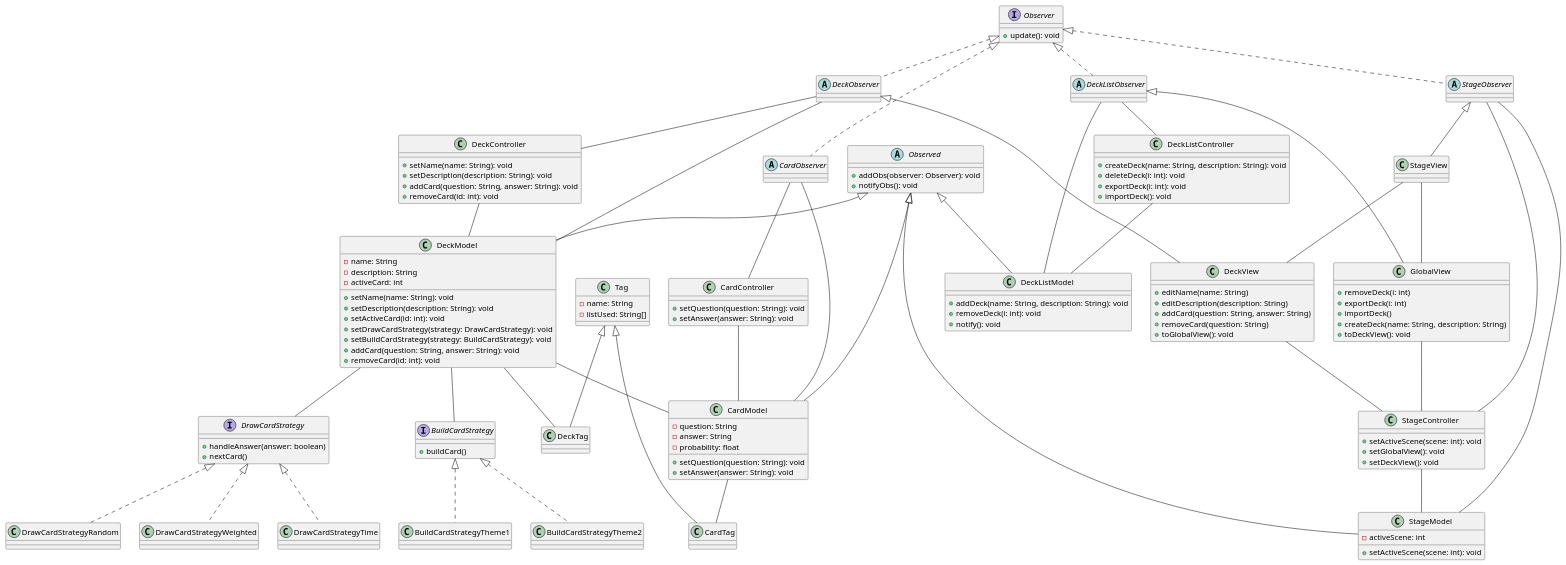
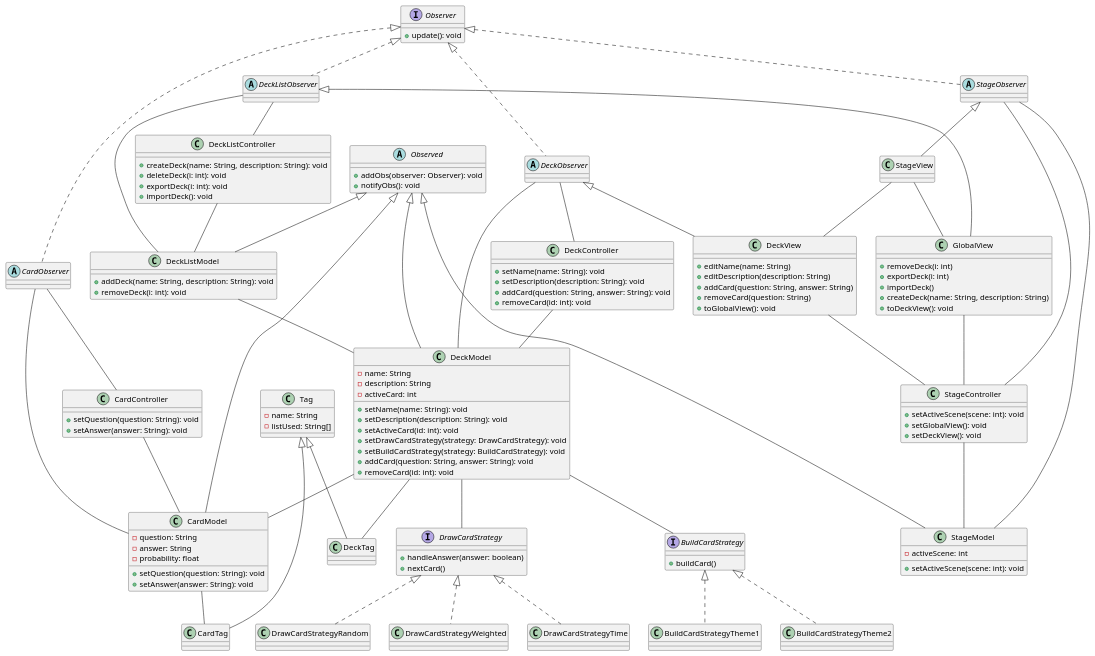
The diagram in GestionProjet/classDiagram.wsd (BigBaz54/TN_Flashcards), drawn with PlantUML before and after one commit. The commit also changed 1 other file, not shown here.

Commit message:
[~] ajustements DeckListModel comme diagramme

```diff
--- a/GestionProjet/classDiagram.wsd
+++ b/GestionProjet/classDiagram.wsd
@@ -1,162 +1,162 @@
 @startuml
 interface Observer {
     + update(): void
 }
 
 abstract class CardObserver implements Observer {
 }
 
 abstract class DeckObserver implements Observer {
 }
 
 abstract class DeckListObserver implements Observer {
 }
 
 abstract class StageObserver implements Observer {
 }
 
 abstract class Observed {
     + addObs(observer: Observer): void
     + notifyObs(): void
 }
 
 class GlobalView extends DeckListObserver {
     + removeDeck(i: int)
     + exportDeck(i: int)
     + importDeck()
     + createDeck(name: String, description: String)
     + toDeckView(): void
 }
 
 class DeckView extends DeckObserver {
     + editName(name: String)
     + editDescription(description: String)
     + addCard(question: String, answer: String)
     + removeCard(question: String)
     + toGlobalView(): void
 }
 
 class StageView extends StageObserver {
 }
 
 class DeckListModel extends Observed {
     + addDeck(name: String, description: String): void
     + removeDeck(i: int): void
-    + notify(): void
 }
 
 class DeckModel extends Observed {
     - name: String
     - description: String
     - activeCard: int
     + setName(name: String): void
     + setDescription(description: String): void
     + setActiveCard(id: int): void
     + setDrawCardStrategy(strategy: DrawCardStrategy): void
     + setBuildCardStrategy(strategy: BuildCardStrategy): void
     + addCard(question: String, answer: String): void
     + removeCard(id: int): void
 }
 
 class CardModel extends Observed {
     - question: String
     - answer: String
     - probability: float
     + setQuestion(question: String): void
     + setAnswer(answer: String): void
 }
 
 class StageModel extends Observed {
     - activeScene: int
     + setActiveScene(scene: int): void
 }
 
 class DeckListController {
     + createDeck(name: String, description: String): void
     + deleteDeck(i: int): void
     + exportDeck(i: int): void
     + importDeck(): void
 }
 
 class DeckController {
     + setName(name: String): void
     + setDescription(description: String): void
     + addCard(question: String, answer: String): void
     + removeCard(id: int): void
 }
 
 class CardController {
     + setQuestion(question: String): void
     + setAnswer(answer: String): void
 }
 
 class StageController {
     + setActiveScene(scene: int): void
     + setGlobalView(): void
     + setDeckView(): void
 }
 
 class Tag {
     - name: String
     - listUsed: String[]
 }
 
 class CardTag extends Tag {
 }
 
 class DeckTag extends Tag {
 }
 
 interface DrawCardStrategy {
     + handleAnswer(answer: boolean)
     + nextCard()
 }
 
 interface BuildCardStrategy {
     + buildCard()
 }
 
 class BuildCardStrategyTheme1 implements BuildCardStrategy {
 }
 
 class BuildCardStrategyTheme2 implements BuildCardStrategy {
 }
 
 class DrawCardStrategyRandom implements DrawCardStrategy {
 }
 
 class DrawCardStrategyWeighted implements DrawCardStrategy {
 }
 
 class DrawCardStrategyTime implements DrawCardStrategy {
 }
 
 CardObserver -- CardModel
 DeckObserver -- DeckModel
 DeckListObserver -- DeckListModel
 StageObserver -- StageModel
 
 CardObserver -- CardController
 DeckObserver -- DeckController
 DeckListObserver -- DeckListController
 StageObserver -- StageController
 
 CardController -- CardModel
 DeckController -- DeckModel
 DeckListController -- DeckListModel
 StageController -- StageModel
 
 DeckModel -- DrawCardStrategy
 DeckModel -- BuildCardStrategy
 DeckModel -- CardModel
+DeckListModel -- DeckModel
 
 GlobalView -- StageController
 DeckView -- StageController
 
 StageView -- DeckView
 StageView -- GlobalView
 
 CardModel -- CardTag
 DeckModel -- DeckTag
 
 @enduml
```
